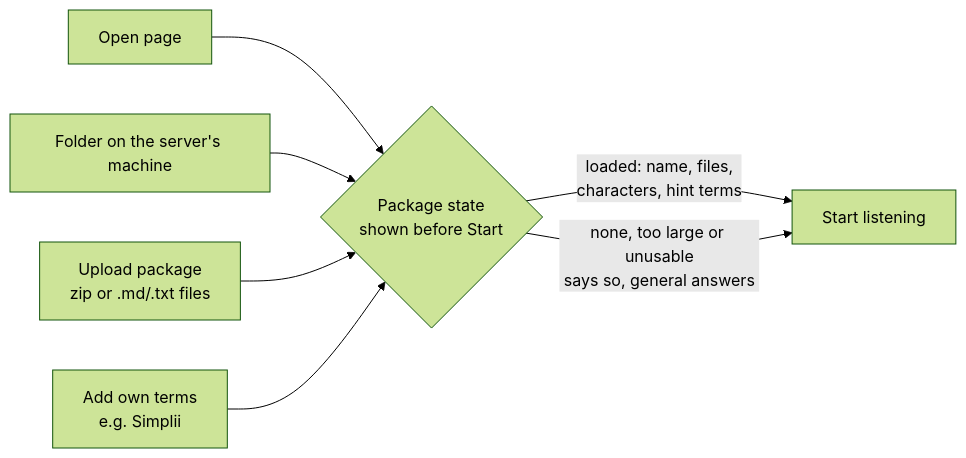
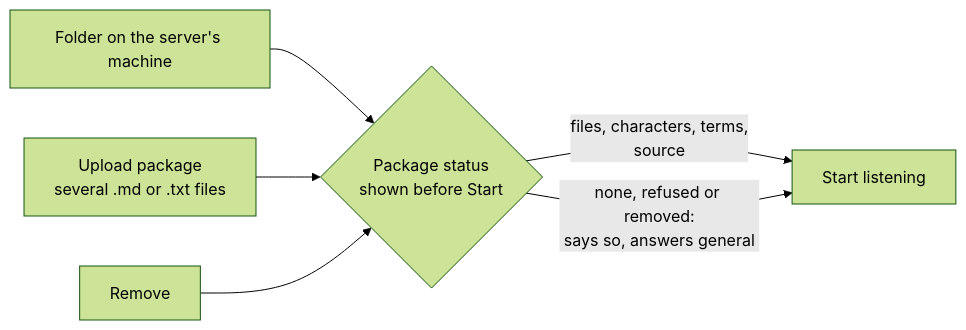
Before and after one commit to Elustondo-ai/alice.good.meetings: the diagram in docs/asdg/03-system-model-and-use-cases/01.7-load-preparation-package.md, drawn with Mermaid (forest theme). The commit also changed other lines of this file and 95 other files, not shown here.

````diff
--- a/docs/asdg/03-system-model-and-use-cases/01.7-load-preparation-package.md
+++ b/docs/asdg/03-system-model-and-use-cases/01.7-load-preparation-package.md
@@ -5,9 +5,8 @@
 ```mermaid
 flowchart LR
-    A["Open page"] --> P{"Package state<br/>shown before Start"}
-    F["Folder on the server's machine"] --> P
-    U["Upload package<br/>zip or .md/.txt files"] --> P
-    W["Add own terms<br/>e.g. Simplii"] --> P
-    P -->|"loaded: name, files,<br/>characters, hint terms"| S["Start listening"]
-    P -->|"none, too large or unusable<br/>says so, general answers"| S
+    F["Folder on the server's machine"] --> P{"Package status<br/>shown before Start"}
+    U["Upload package<br/>several .md or .txt files"] --> P
+    P -->|"files, characters, terms,<br/>source"| S["Start listening"]
+    P -->|"none, refused or removed:<br/>says so, answers general"| S
+    R["Remove"] --> P
 ```
````
